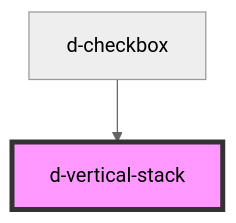
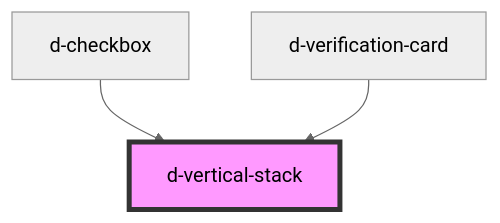
Before and after one commit to ForkbombEu/didroom-components: the diagram in src/components/vertical-stack/readme.md, drawn with Mermaid (neutral theme). The commit also changed other lines of this file and 20 other files, not shown here.

First line of the commit message:
feat: verification card (#162)

````diff
--- a/src/components/vertical-stack/readme.md
+++ b/src/components/vertical-stack/readme.md
@@ -20,5 +21,6 @@
 ```mermaid
 graph TD;
   d-checkbox --> d-vertical-stack
+  d-verification-card --> d-vertical-stack
   style d-vertical-stack fill:#f9f,stroke:#333,stroke-width:4px
 ```
````
